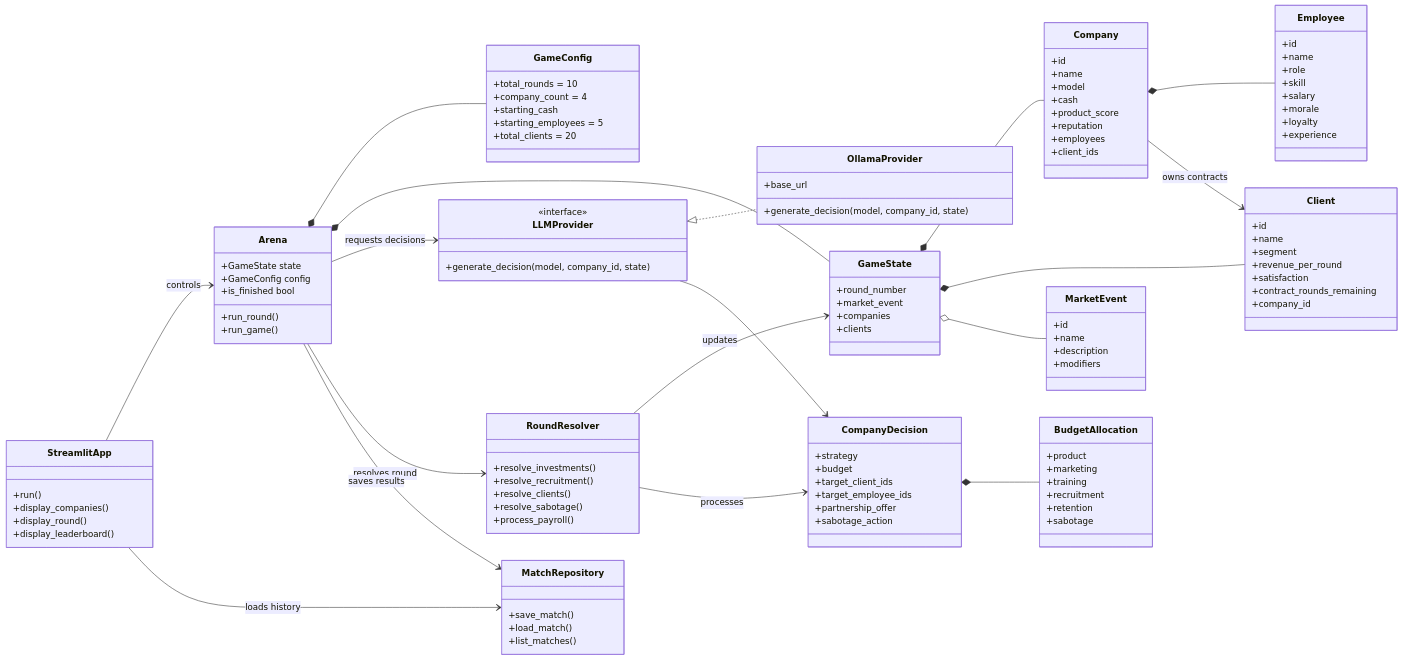
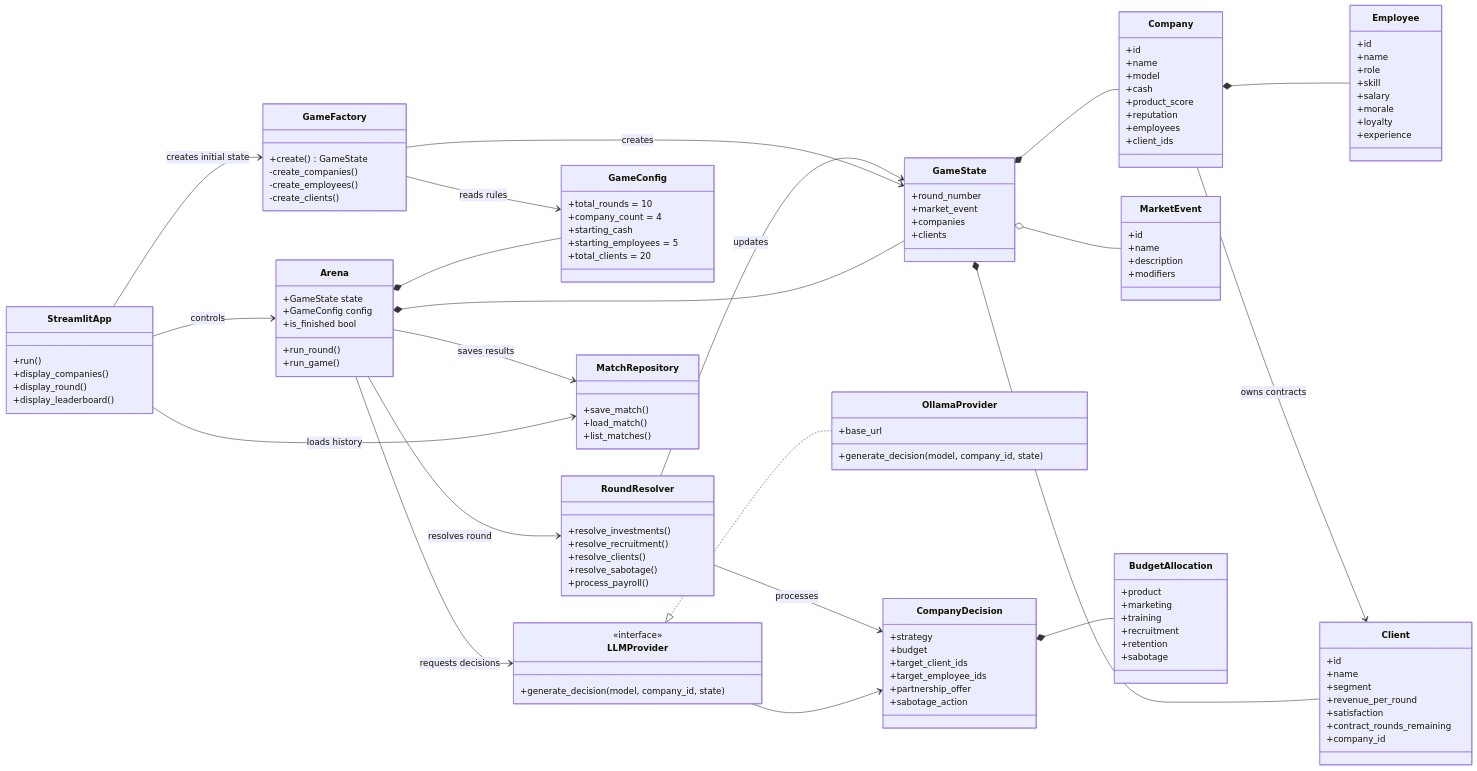
The diagram in README.md (atugurlan/llm-startup-arena), drawn with Mermaid before and after one commit. The commit also changed other lines of this file and 5 other files, not shown here.

```diff
--- a/README.md
+++ b/README.md
@@ -69,6 +87,13 @@
         +run_round()
         +run_game()
         +is_finished bool
+    }
+
+    class GameFactory {
+        +create() GameState
+        -create_companies()
+        -create_employees()
+        -create_clients()
     }
 
     class RoundResolver {
@@ -168,6 +193,7 @@
     }
 
     StreamlitApp --> Arena : controls
+    StreamlitApp --> GameFactory : creates initial state
     StreamlitApp --> MatchRepository : loads history
 
     Arena *-- GameConfig
@@ -175,6 +201,9 @@
     Arena --> LLMProvider : requests decisions
     Arena --> RoundResolver : resolves round
     Arena --> MatchRepository : saves results
+
+    GameFactory --> GameConfig : reads rules
+    GameFactory --> GameState : creates
 
     GameState *-- Company
     GameState *-- Client
```
